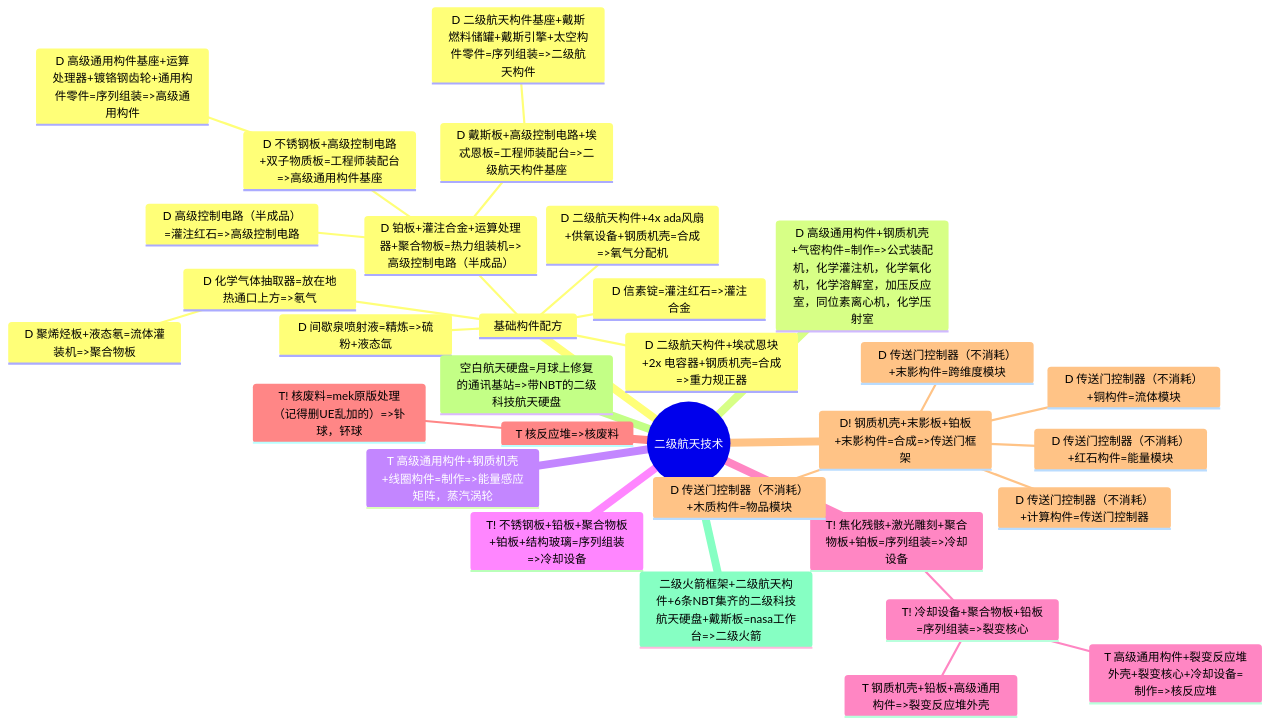
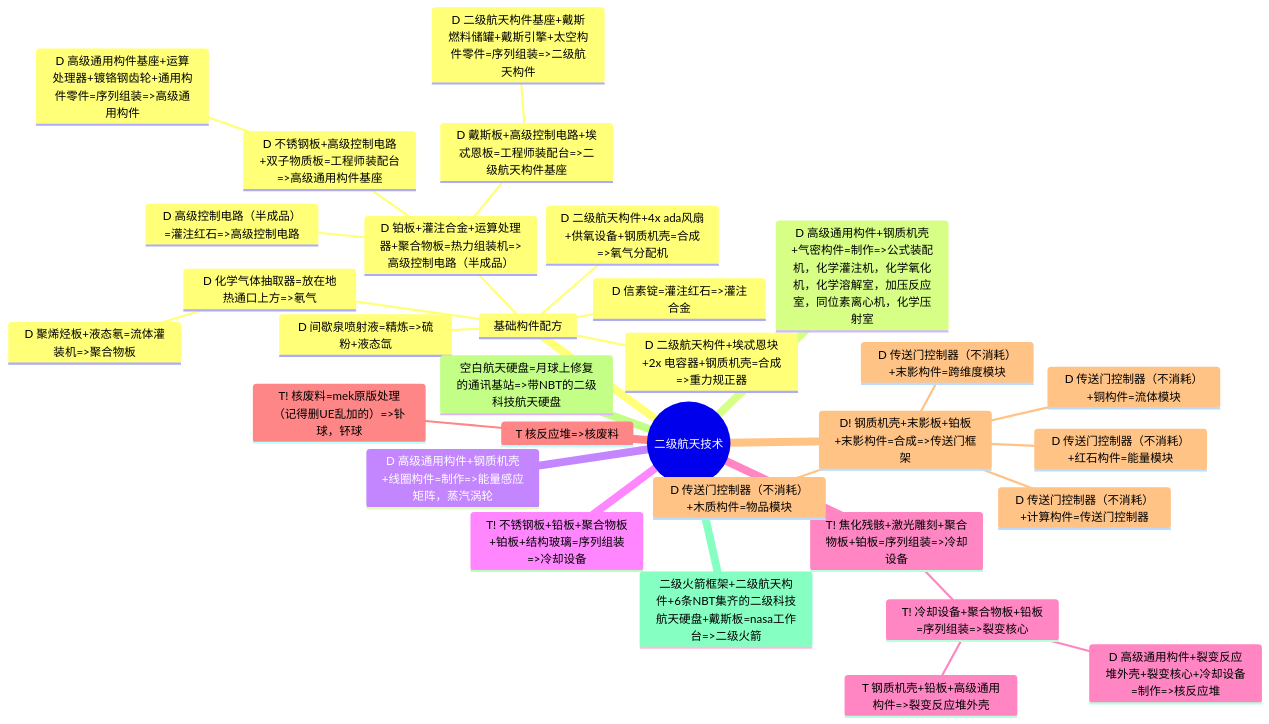
Before and after one commit to VechniMetel/CodeNameCIM2: the second of 4 diagrams in Developer/TechTreeMap.md, drawn with Mermaid. The commit also changed other lines of this file, not shown here.

````diff
--- a/Developer/TechTreeMap.md
+++ b/Developer/TechTreeMap.md
@@ -48,34 +48,34 @@
 ``` mermaid
 mindmap
     root((二级航天技术))
         基础构件配方
             D 信素锭=灌注红石=>灌注合金
             D 间歇泉喷射液=精炼=>硫粉+液态氙
             D 化学气体抽取器=放在地热通口上方=>氡气
                 D 聚烯烃板+液态氡=流体灌装机=>聚合物板
             D 铂板+灌注合金+运算处理器+聚合物板=热力组装机=>高级控制电路（半成品）
                 D 高级控制电路（半成品）=灌注红石=>高级控制电路
                 D 戴斯板+高级控制电路+埃忒恩板=工程师装配台=>二级航天构件基座
                     D 二级航天构件基座+戴斯燃料储罐+戴斯引擎+太空构件零件=序列组装=>二级航天构件
                 D 不锈钢板+高级控制电路+双子物质板=工程师装配台=>高级通用构件基座
                     D 高级通用构件基座+运算处理器+镀铬钢齿轮+通用构件零件=序列组装=>高级通用构件
             D 二级航天构件+4x ada风扇+供氧设备+钢质机壳=合成=>氧气分配机
             D 二级航天构件+埃忒恩块+2x 电容器+钢质机壳=合成=>重力规正器
         D 高级通用构件+钢质机壳+气密构件=制作=>公式装配机，化学灌注机，化学氧化机，化学溶解室，加压反应室，同位素离心机，化学压射室
-        T 高级通用构件+钢质机壳+线圈构件=制作=>能量感应矩阵，蒸汽涡轮
+        D 高级通用构件+钢质机壳+线圈构件=制作=>能量感应矩阵，蒸汽涡轮
         T! 不锈钢板+铅板+聚合物板+铂板+结构玻璃=序列组装=>冷却设备
         T! 焦化残骸+激光雕刻+聚合物板+铂板=序列组装=>冷却设备
            T! 冷却设备+聚合物板+铅板=序列组装=>裂变核心
             T 钢质机壳+铅板+高级通用构件=>裂变反应堆外壳
-            T 高级通用构件+裂变反应堆外壳+裂变核心+冷却设备=制作=>核反应堆
+            D 高级通用构件+裂变反应堆外壳+裂变核心+冷却设备=制作=>核反应堆
         T 核反应堆=>核废料
             T! 核废料=mek原版处理（记得删UE乱加的）=>钋球，钚球
         D! 钢质机壳+末影板+铂板+末影构件=合成=>传送门框架
             D 传送门控制器（不消耗）+计算构件=传送门控制器
             D 传送门控制器（不消耗）+木质构件=物品模块
             D 传送门控制器（不消耗）+铜构件=流体模块
             D 传送门控制器（不消耗）+红石构件=能量模块
             D 传送门控制器（不消耗）+末影构件=跨维度模块
         空白航天硬盘=月球上修复的通讯基站=>带NBT的二级科技航天硬盘
         二级火箭框架+二级航天构件+6条NBT集齐的二级科技航天硬盘+戴斯板=nasa工作台=>二级火箭
 ```
````
